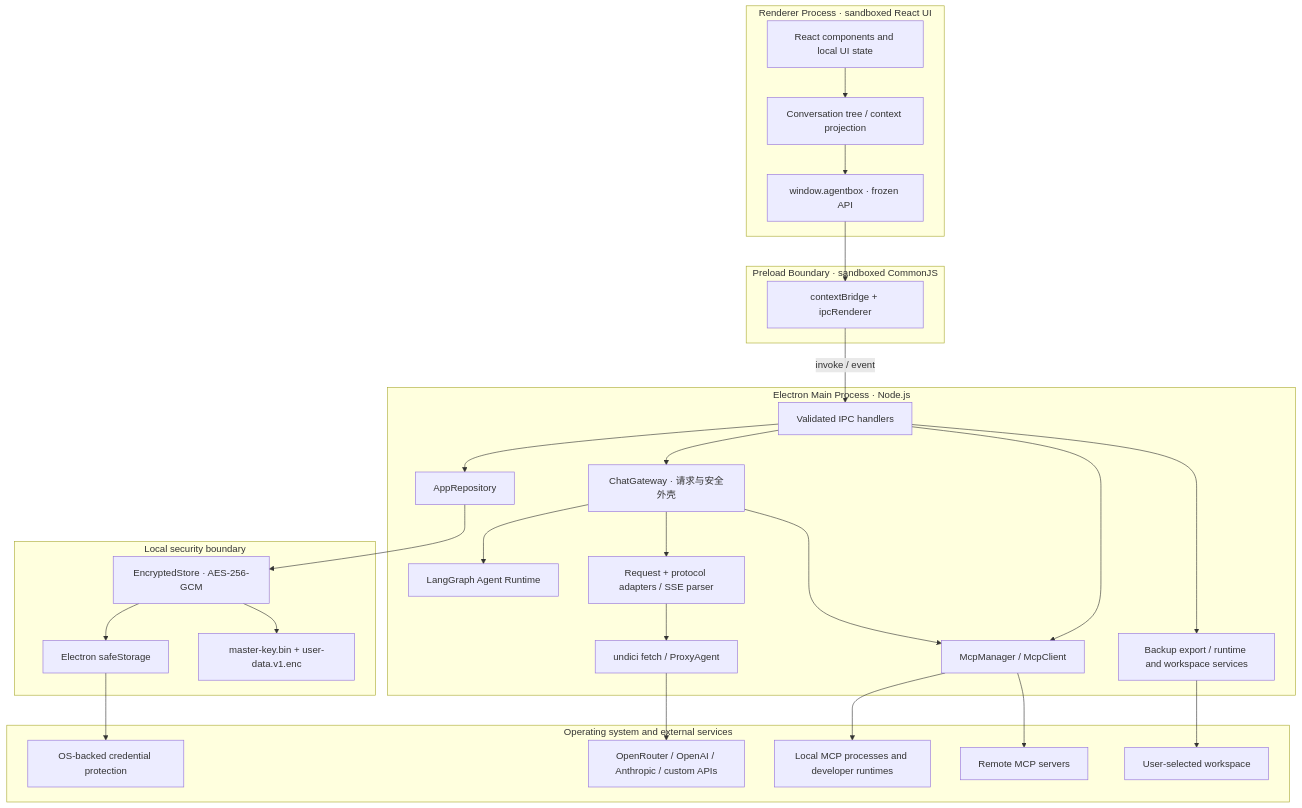
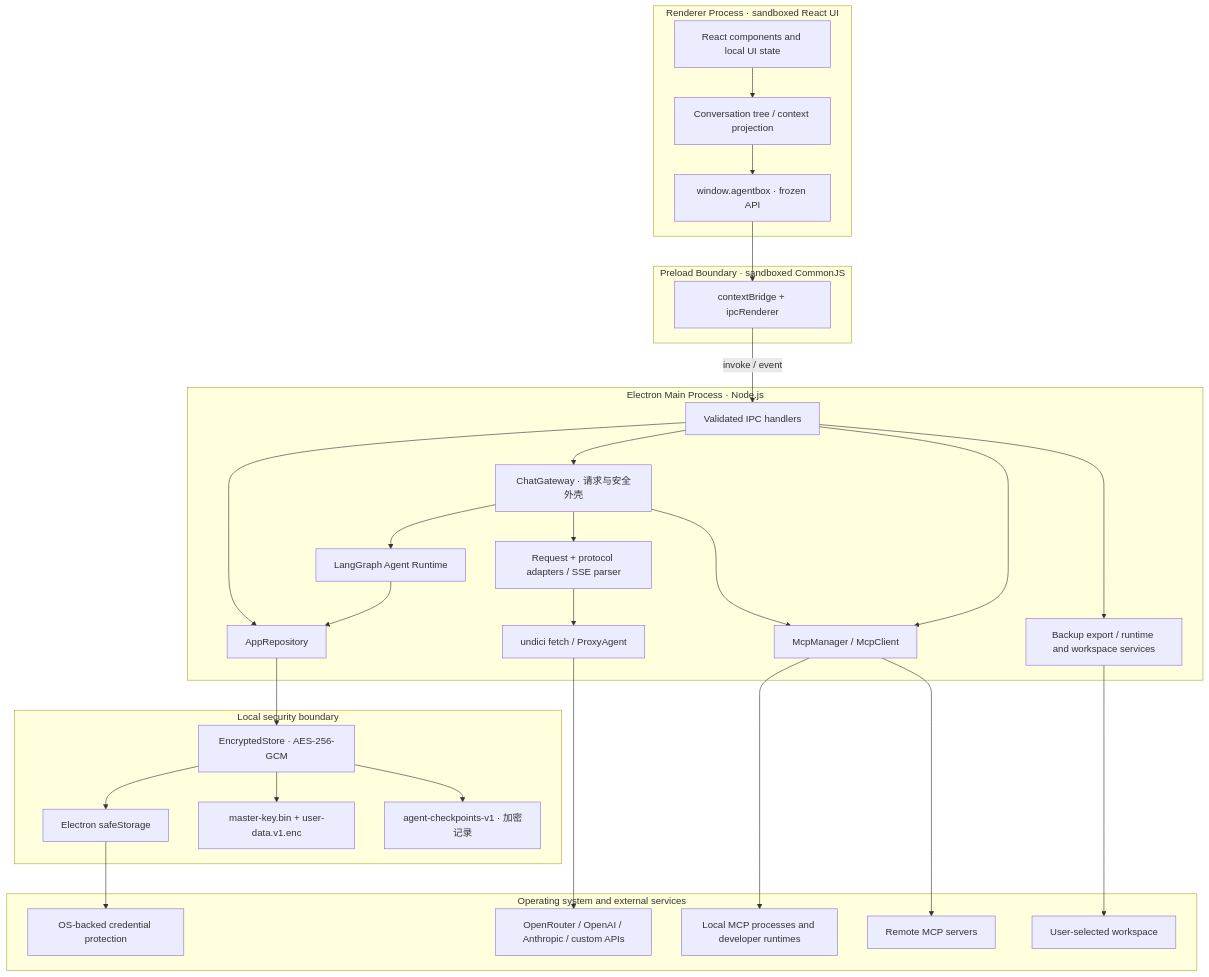
Before and after one commit to ac-1e9plus7/agent-box: the diagram in docs_zh/architecture.md, drawn with Mermaid. The commit also changed other lines of this file and 42 other files, not shown here.

````diff
--- a/docs_zh/architecture.md
+++ b/docs_zh/architecture.md
@@ -11,57 +11,60 @@
 ```mermaid
 graph TB
     subgraph Renderer["Renderer Process · sandboxed React UI"]
         UI["React components and local UI state"]
         Projection["Conversation tree / context projection"]
         PublicAPI["window.agentbox · frozen API"]
         UI --> Projection --> PublicAPI
     end
 
     subgraph Preload["Preload Boundary · sandboxed CommonJS"]
         Bridge["contextBridge + ipcRenderer"]
         PublicAPI --> Bridge
     end
 
     subgraph Main["Electron Main Process · Node.js"]
         IPC["Validated IPC handlers"]
         Gateway["ChatGateway · 请求与安全外壳"]
         AgentRuntime["LangGraph Agent Runtime"]
         Repository["AppRepository"]
         MCP["McpManager / McpClient"]
         Backup["Backup export / runtime and workspace services"]
         Adapters["Request + protocol adapters / SSE parser"]
         Network["undici fetch / ProxyAgent"]
 
         Bridge -->|"invoke / event"| IPC
         IPC --> Gateway
         Gateway --> AgentRuntime
+        AgentRuntime --> Repository
         IPC --> Repository
         IPC --> MCP
         IPC --> Backup
         Gateway --> Adapters --> Network
         Gateway --> MCP
     end
 
     subgraph Storage["Local security boundary"]
         Store["EncryptedStore · AES-256-GCM"]
         SafeStorage["Electron safeStorage"]
         VaultFiles["master-key.bin + user-data.v1.enc"]
+        CheckpointFiles["agent-checkpoints-v1 · 加密记录"]
         Repository --> Store
         Store --> SafeStorage
         Store --> VaultFiles
+        Store --> CheckpointFiles
     end
 
     subgraph External["Operating system and external services"]
         KeyStore["OS-backed credential protection"]
         Providers["OpenRouter / OpenAI / Anthropic / custom APIs"]
         LocalTools["Local MCP processes and developer runtimes"]
         RemoteMCP["Remote MCP servers"]
         Workspace["User-selected workspace"]
 
         SafeStorage --> KeyStore
         Network --> Providers
         MCP --> LocalTools
         MCP --> RemoteMCP
         Backup --> Workspace
     end
 ```
````
